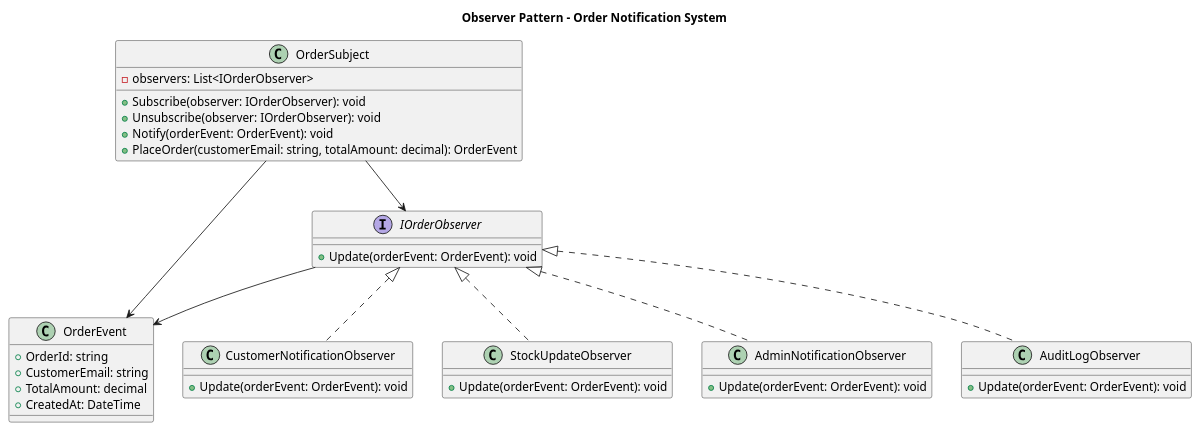
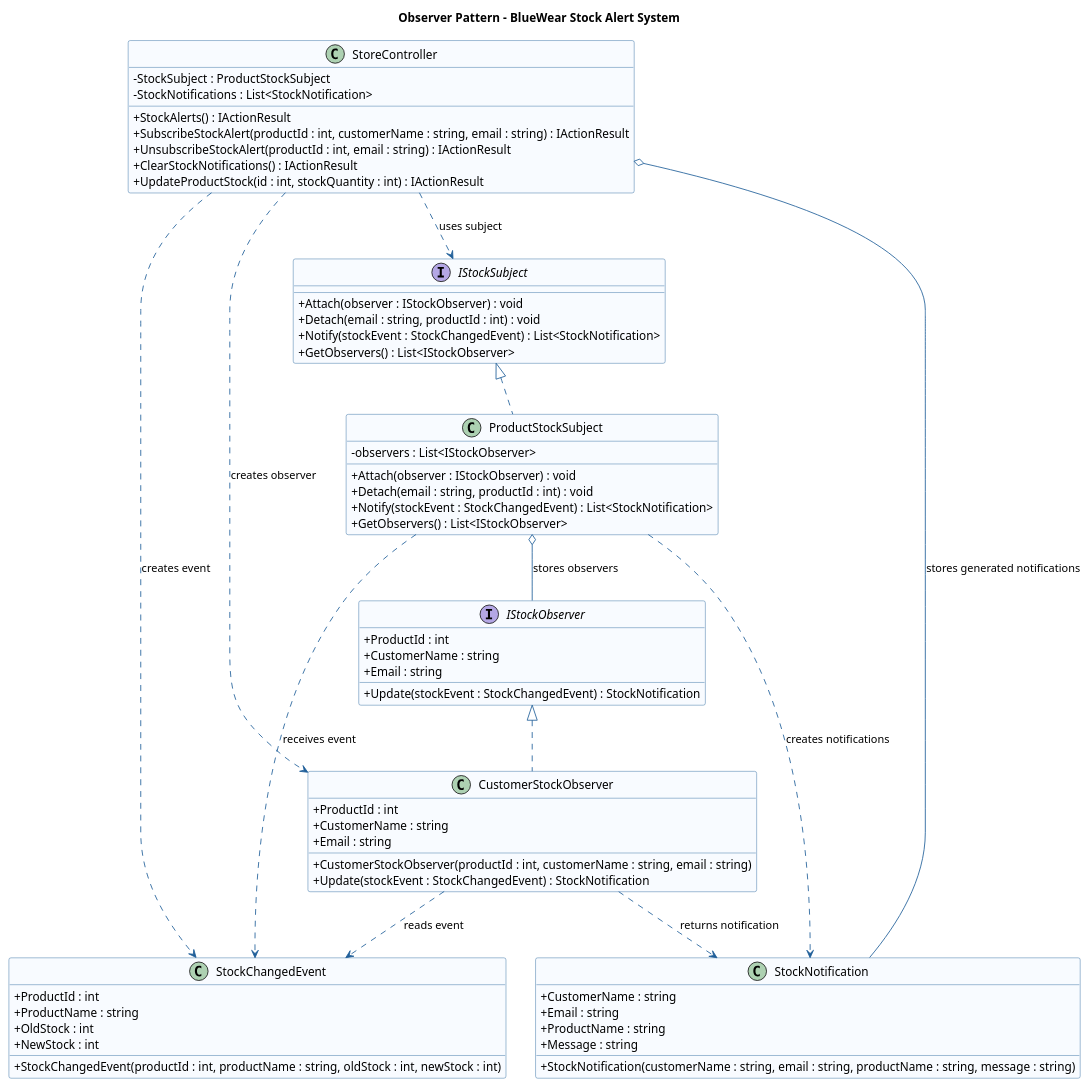
Before and after one commit to AnastasiaMoglan/OnlineClothingStore: the diagram in OnlineClothingStore/OnlineClothingStore.Core/diagrame/Observer.puml, drawn with PlantUML. The commit also changed 43 other files, not shown here.

```diff
--- a/OnlineClothingStore/OnlineClothingStore.Core/diagrame/Observer.puml
+++ b/OnlineClothingStore/OnlineClothingStore.Core/diagrame/Observer.puml
@@ -1,48 +1,84 @@
 @startuml
-title Observer Pattern - Order Notification System
+skinparam classAttributeIconSize 0
+skinparam shadowing false
 
-class OrderEvent {
-    +OrderId: string
-    +CustomerEmail: string
-    +TotalAmount: decimal
-    +CreatedAt: DateTime
+skinparam class {
+    BackgroundColor #F8FBFF
+    BorderColor #1F5F99
+    ArrowColor #1F5F99
 }
 
-interface IOrderObserver {
-    +Update(orderEvent: OrderEvent): void
+title Observer Pattern - BlueWear Stock Alert System
+
+class StockChangedEvent {
+    + ProductId : int
+    + ProductName : string
+    + OldStock : int
+    + NewStock : int
+    + StockChangedEvent(productId : int, productName : string, oldStock : int, newStock : int)
 }
 
-class OrderSubject {
-    -observers: List<IOrderObserver>
-    +Subscribe(observer: IOrderObserver): void
-    +Unsubscribe(observer: IOrderObserver): void
-    +Notify(orderEvent: OrderEvent): void
-    +PlaceOrder(customerEmail: string, totalAmount: decimal): OrderEvent
+class StockNotification {
+    + CustomerName : string
+    + Email : string
+    + ProductName : string
+    + Message : string
+    + StockNotification(customerName : string, email : string, productName : string, message : string)
 }
 
-class CustomerNotificationObserver {
-    +Update(orderEvent: OrderEvent): void
+interface IStockObserver {
+    + ProductId : int
+    + CustomerName : string
+    + Email : string
+    + Update(stockEvent : StockChangedEvent) : StockNotification
 }
 
-class StockUpdateObserver {
-    +Update(orderEvent: OrderEvent): void
+class CustomerStockObserver {
+    + ProductId : int
+    + CustomerName : string
+    + Email : string
+    + CustomerStockObserver(productId : int, customerName : string, email : string)
+    + Update(stockEvent : StockChangedEvent) : StockNotification
 }
 
-class AdminNotificationObserver {
-    +Update(orderEvent: OrderEvent): void
+interface IStockSubject {
+    + Attach(observer : IStockObserver) : void
+    + Detach(email : string, productId : int) : void
+    + Notify(stockEvent : StockChangedEvent) : List<StockNotification>
+    + GetObservers() : List<IStockObserver>
 }
 
-class AuditLogObserver {
-    +Update(orderEvent: OrderEvent): void
+class ProductStockSubject {
+    - observers : List<IStockObserver>
+    + Attach(observer : IStockObserver) : void
+    + Detach(email : string, productId : int) : void
+    + Notify(stockEvent : StockChangedEvent) : List<StockNotification>
+    + GetObservers() : List<IStockObserver>
 }
 
-IOrderObserver <|.. CustomerNotificationObserver
-IOrderObserver <|.. StockUpdateObserver
-IOrderObserver <|.. AdminNotificationObserver
-IOrderObserver <|.. AuditLogObserver
+class StoreController {
+    - StockSubject : ProductStockSubject
+    - StockNotifications : List<StockNotification>
+    + StockAlerts() : IActionResult
+    + SubscribeStockAlert(productId : int, customerName : string, email : string) : IActionResult
+    + UnsubscribeStockAlert(productId : int, email : string) : IActionResult
+    + ClearStockNotifications() : IActionResult
+    + UpdateProductStock(id : int, stockQuantity : int) : IActionResult
+}
 
-OrderSubject --> IOrderObserver
-OrderSubject --> OrderEvent
-IOrderObserver --> OrderEvent
+IStockObserver <|.. CustomerStockObserver
+IStockSubject <|.. ProductStockSubject
+
+ProductStockSubject o-- IStockObserver : stores observers
+ProductStockSubject ..> StockChangedEvent : receives event
+ProductStockSubject ..> StockNotification : creates notifications
+
+CustomerStockObserver ..> StockChangedEvent : reads event
+CustomerStockObserver ..> StockNotification : returns notification
+
+StoreController ..> IStockSubject : uses subject
+StoreController ..> CustomerStockObserver : creates observer
+StoreController ..> StockChangedEvent : creates event
+StoreController o-- StockNotification : stores generated notifications
 
 @enduml
```
